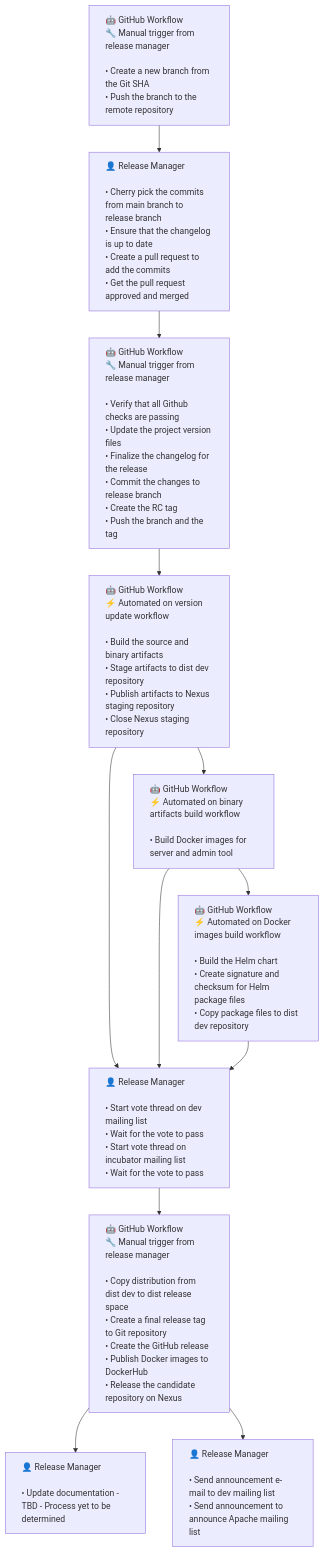
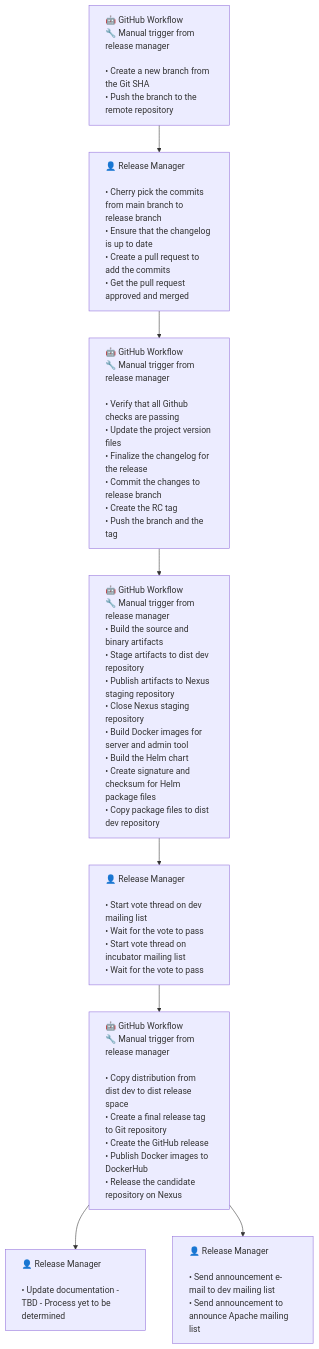
Before and after one commit to apache/polaris: the diagram in releasey/release-process-flowchart.mmd, drawn with Mermaid. The commit also changed 6 other files, not shown here.

```diff
--- a/releasey/release-process-flowchart.mmd
+++ b/releasey/release-process-flowchart.mmd
@@ -1,29 +1,22 @@
 flowchart TD
     B["🤖 GitHub Workflow<br/>🔧 Manual trigger from release manager<br/><br/>• Create a new branch from the Git SHA<br/>• Push the branch to the remote repository"]
 
     B --> C["👤 Release Manager<br/><br/>• Cherry pick the commits from main branch to release branch<br/>• Ensure that the changelog is up to date<br/>• Create a pull request to add the commits<br/>• Get the pull request approved and merged"]
 
     C --> D["🤖 GitHub Workflow<br/>🔧 Manual trigger from release manager<br/><br/>• Verify that all Github checks are passing<br/>• Update the project version files<br/>• Finalize the changelog for the release<br/>• Commit the changes to release branch<br/>• Create the RC tag<br/>• Push the branch and the tag"]
 
-    D --> E["🤖 GitHub Workflow<br/>⚡ Automated on version update workflow<br/><br/>• Build the source and binary artifacts<br/>• Stage artifacts to dist dev repository<br/>• Publish artifacts to Nexus staging repository<br/>• Close Nexus staging repository"]
-
-    E --> F["🤖 GitHub Workflow<br/>⚡ Automated on binary artifacts build workflow<br/><br/>• Build Docker images for server and admin tool"]
-
-    F --> G["🤖 GitHub Workflow<br/>⚡ Automated on Docker images build workflow<br/><br/>• Build the Helm chart<br/>• Create signature and checksum for Helm package files<br/>• Copy package files to dist dev repository"]
+    D --> E["🤖 GitHub Workflow<br/>🔧 Manual trigger from release manager<br/>• Build the source and binary artifacts<br/>• Stage artifacts to dist dev repository<br/>• Publish artifacts to Nexus staging repository<br/>• Close Nexus staging repository<br/>• Build Docker images for server and admin tool<br/>• Build the Helm chart<br/>• Create signature and checksum for Helm package files<br/>• Copy package files to dist dev repository"]
 
     E --> H["👤 Release Manager<br/><br/>• Start vote thread on dev mailing list<br/>• Wait for the vote to pass<br/>• Start vote thread on incubator mailing list<br/>• Wait for the vote to pass"]
-
-    F --> H
-    G --> H
 
     H --> I["🤖 GitHub Workflow<br/>🔧 Manual trigger from release manager<br/><br/>• Copy distribution from dist dev to dist release space<br/>• Create a final release tag to Git repository<br/>• Create the GitHub release<br/>• Publish Docker images to DockerHub<br/>• Release the candidate repository on Nexus"]
 
     I --> J["👤 Release Manager<br/><br/>• Update documentation - TBD - Process yet to be determined"]
 
     I --> K["👤 Release Manager<br/><br/>• Send announcement e-mail to dev mailing list<br/>• Send announcement to announce Apache mailing list"]
 
     %% Class definition for left-aligned text
     classDef leftAlign text-align:left;
 
     %% Apply left-align class to all nodes
-    class A,B,C,D,E,F,G,H,I,J,K leftAlign;
+    class B,C,D,E,H,I,J,K leftAlign;
```
